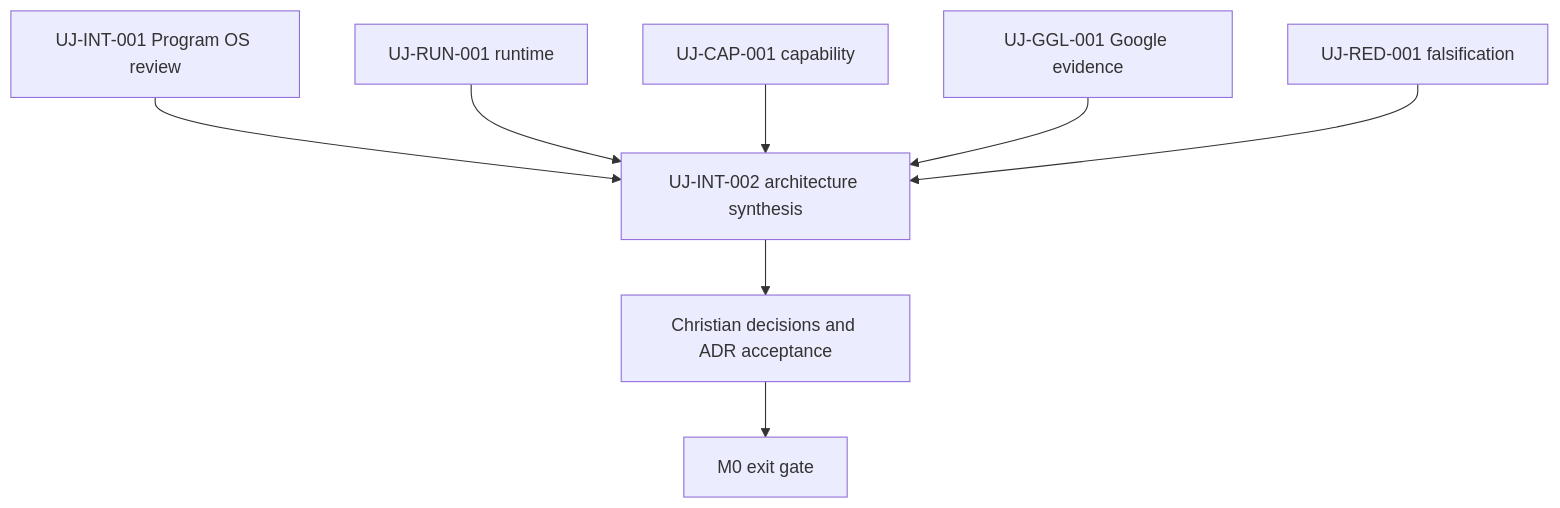
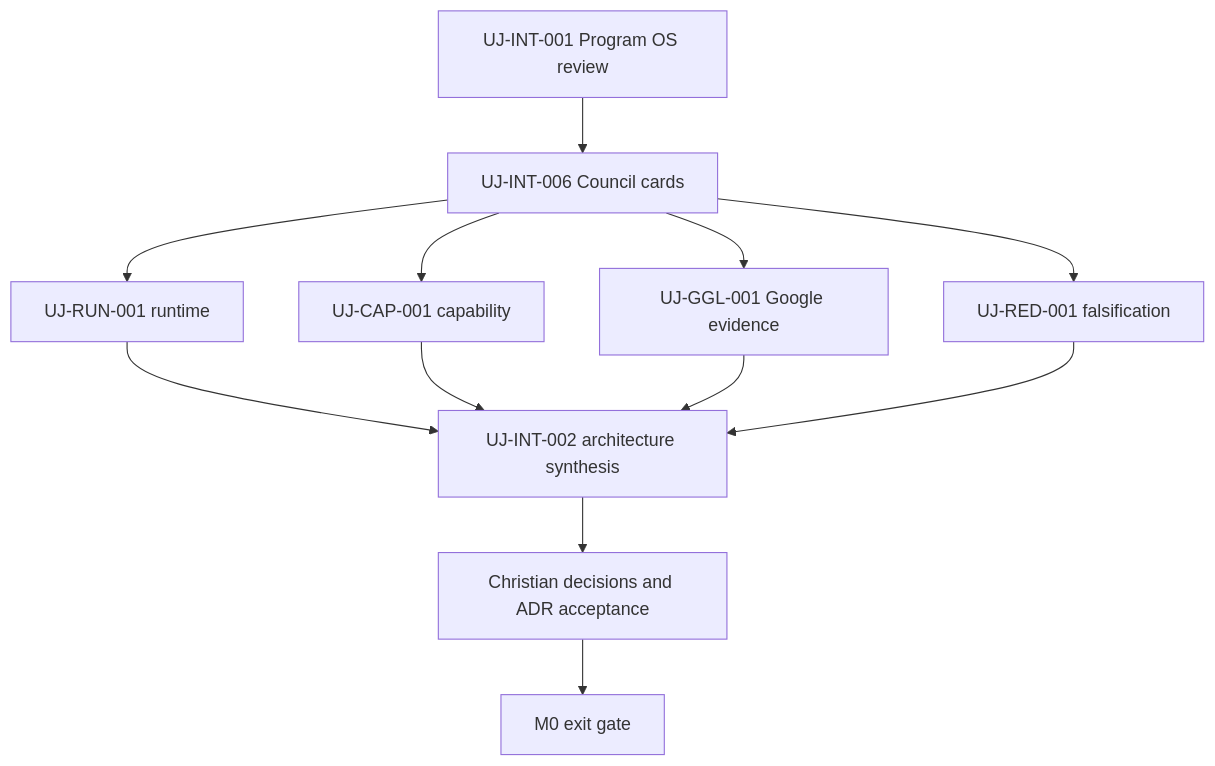
The diagram in docs/program/STATUS.md (carnascialichristian-wq/ultraJARVIS), drawn with Mermaid before and after one commit. The commit also changed other lines of this file and 14 other files, not shown here.

Commit message:
UJ-INT-006 add M0 council mission and cards

````diff
--- a/docs/program/STATUS.md
+++ b/docs/program/STATUS.md
@@ -46,10 +48,15 @@
 ```mermaid
 flowchart TD
-    OS["UJ-INT-001 Program OS review"] --> SYN["UJ-INT-002 architecture synthesis"]
+    OS["UJ-INT-001 Program OS review"] --> CARDS["UJ-INT-006 Council cards"]
+    CARDS --> RUN
+    CARDS --> CAP
+    CARDS --> GGL
+    CARDS --> RED
     RUN["UJ-RUN-001 runtime"] --> SYN
     CAP["UJ-CAP-001 capability"] --> SYN
     GGL["UJ-GGL-001 Google evidence"] --> SYN
     RED["UJ-RED-001 falsification"] --> SYN
+    SYN["UJ-INT-002 architecture synthesis"]
     SYN --> DEC["Christian decisions and ADR acceptance"]
     DEC --> M0["M0 exit gate"]
 ```
````
